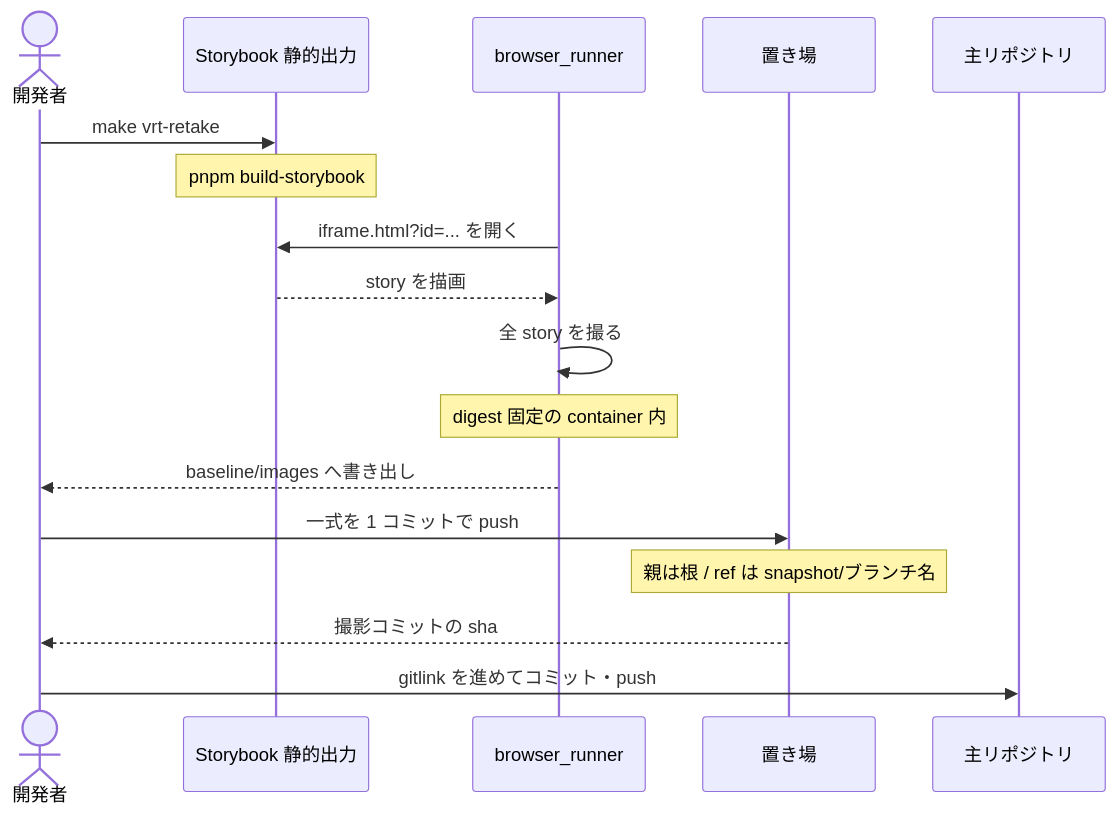
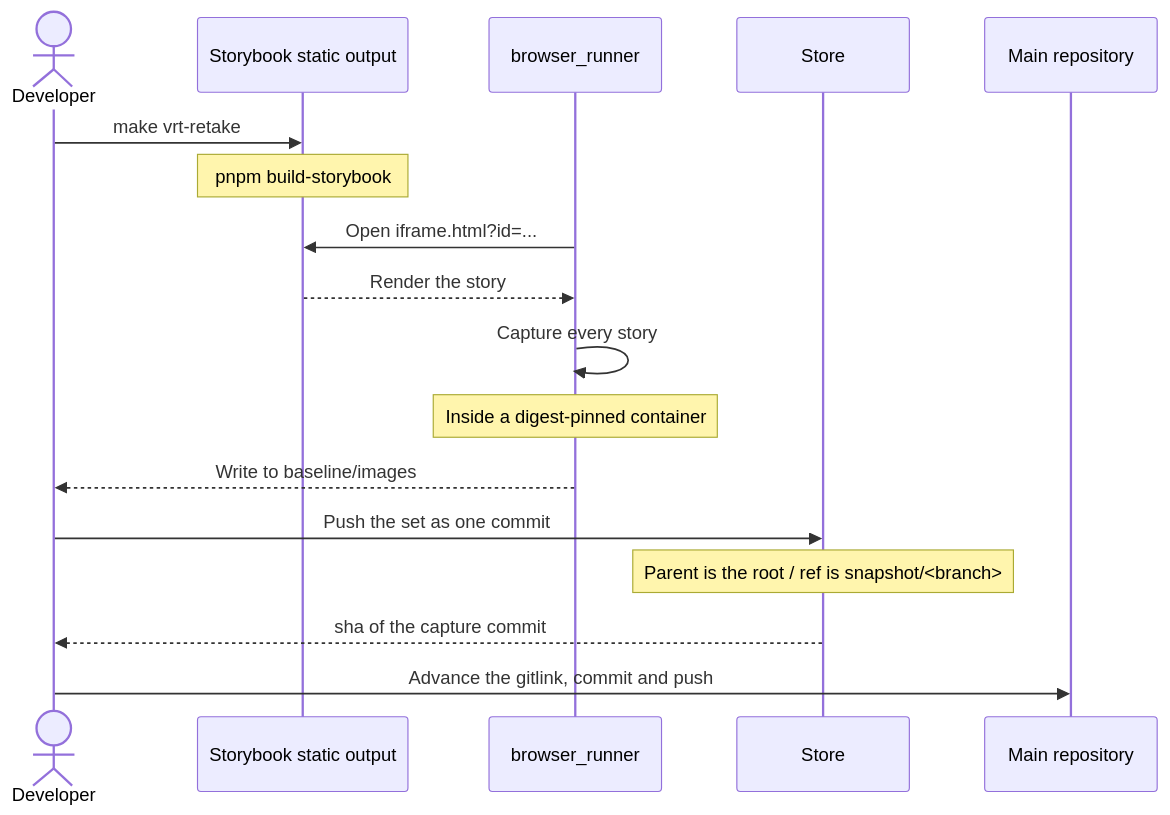
One commit to Tomy-ch/nextjs-boilerplate changed the first of 2 diagrams in docs/design/vrt.md. Above: the diagram before and after it, drawn with Mermaid. The commit also changed other lines of this file and 189 other files, not shown here.

````diff
--- a/docs/design/vrt.md
+++ b/docs/design/vrt.md
@@ -43,20 +43,20 @@
 ```mermaid
 sequenceDiagram
-    actor dev as 開発者
-    participant sb as Storybook 静的出力
+    actor dev as Developer
+    participant sb as Storybook static output
     participant runner as browser_runner
-    participant store as 置き場
-    participant main as 主リポジトリ
+    participant store as Store
+    participant main as Main repository
 
     dev->>sb: make vrt-retake
     Note over sb: pnpm build-storybook
-    runner->>sb: iframe.html?id=... を開く
-    sb-->>runner: story を描画
-    runner->>runner: 全 story を撮る
-    Note over runner: digest 固定の container 内
-    runner-->>dev: baseline/images へ書き出し
-    dev->>store: 一式を 1 コミットで push
-    Note over store: 親は根 / ref は snapshot/ブランチ名
-    store-->>dev: 撮影コミットの sha
-    dev->>main: gitlink を進めてコミット・push
+    runner->>sb: Open iframe.html?id=...
+    sb-->>runner: Render the story
+    runner->>runner: Capture every story
+    Note over runner: Inside a digest-pinned container
+    runner-->>dev: Write to baseline/images
+    dev->>store: Push the set as one commit
+    Note over store: Parent is the root / ref is snapshot/<branch>
+    store-->>dev: sha of the capture commit
+    dev->>main: Advance the gitlink, commit and push
 ```
````
